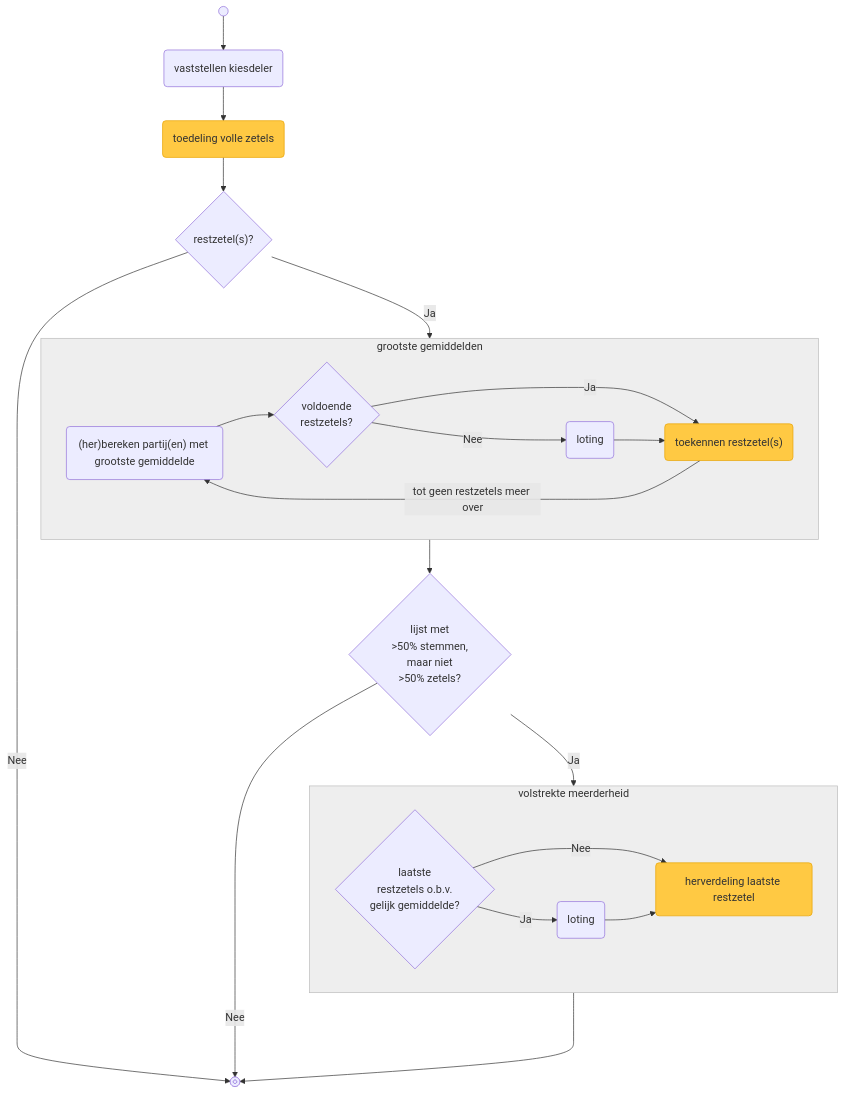
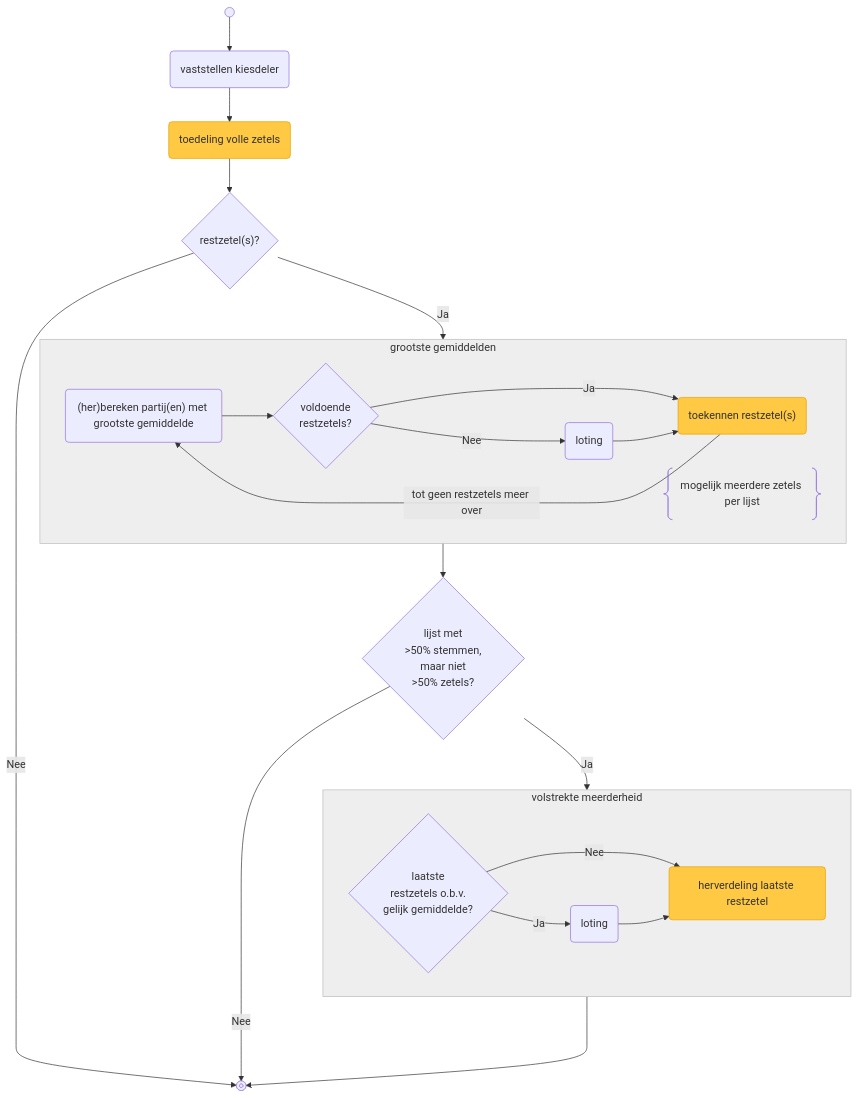
The first of 2 diagrams in verkiezingsproces/zetelverdeling-GR-flowchart.md (kiesraad/abacus-documentatie), drawn with Mermaid before and after one commit. The commit also changed other lines of this file, not shown here.

````diff
--- a/verkiezingsproces/zetelverdeling-GR-flowchart.md
+++ b/verkiezingsproces/zetelverdeling-GR-flowchart.md
@@ -10,60 +10,61 @@
 ```Mermaid
 flowchart
     %% styling
     classDef lijstuitputting fill:#ffc943,stroke:#e8a302
     classDef greyFill fill:#eee,stroke:#bbb;
 
     %% elements
     flow_start@{ shape: sm-circ, label: "start" }
     flow_end@{ shape: framed-circle, label: "end" }
 
     vaststellen_kiesdeler(vaststellen kiesdeler)
     toedeling_volle_zetels(toedeling volle zetels)
     class toedeling_volle_zetels lijstuitputting
 
     restzetels{"restzetel(s)?"}
 
     bereken_partijen_met_grootste_gemiddelde("(her)bereken partij(en) met grootste gemiddelde")
     voldoende_restzetels{voldoende<br/>restzetels?}
     loting_grootste_gemiddelden(loting)
     toekennen_restzetels("toekennen restzetel(s)")
     class toekennen_restzetels lijstuitputting
 
     meerderheid_aan_stemmen_maar_niet_zetels{lijst met<br/>>50% stemmen,<br/>maar niet<br/>>50% zetels?}
     laatste_restzetels_obv_gelijk_gemiddelde{laatste<br/>restzetels o.b.v.<br/>gelijk gemiddelde?}
     loting_volstrekte_meerderheid(loting)
     herverdeling_laatste_restzetel(herverdeling laatste restzetel)
     class herverdeling_laatste_restzetel lijstuitputting
 
     %% flow
     flow_start --> vaststellen_kiesdeler
     vaststellen_kiesdeler --> toedeling_volle_zetels
     toedeling_volle_zetels --> restzetels
 
     restzetels -->|Nee| flow_end
     restzetels -->|Ja| grootste_gemiddelden
 
     subgraph grootste_gemiddelden["grootste gemiddelden"]
         direction LR
         bereken_partijen_met_grootste_gemiddelde --> voldoende_restzetels
         voldoende_restzetels -->|Ja| toekennen_restzetels
         voldoende_restzetels -->|Nee| loting_grootste_gemiddelden
         loting_grootste_gemiddelden --> toekennen_restzetels
         toekennen_restzetels -->|tot geen restzetels meer over| bereken_partijen_met_grootste_gemiddelde
+        comment_grootste_gemiddelden@{ shape: braces, label: "mogelijk meerdere zetels per lijst" }
     end
     class grootste_gemiddelden greyFill;
 
     grootste_gemiddelden --> meerderheid_aan_stemmen_maar_niet_zetels
     meerderheid_aan_stemmen_maar_niet_zetels -->|Ja| volstrekte_meerderheid
     meerderheid_aan_stemmen_maar_niet_zetels --->|Nee| flow_end
 
     subgraph volstrekte_meerderheid["volstrekte meerderheid"]
         direction LR
         laatste_restzetels_obv_gelijk_gemiddelde -->|Ja| loting_volstrekte_meerderheid
         laatste_restzetels_obv_gelijk_gemiddelde -->|Nee| herverdeling_laatste_restzetel
         loting_volstrekte_meerderheid --> herverdeling_laatste_restzetel
     end
     class volstrekte_meerderheid greyFill;
 
     volstrekte_meerderheid ---> flow_end
 ```
````
